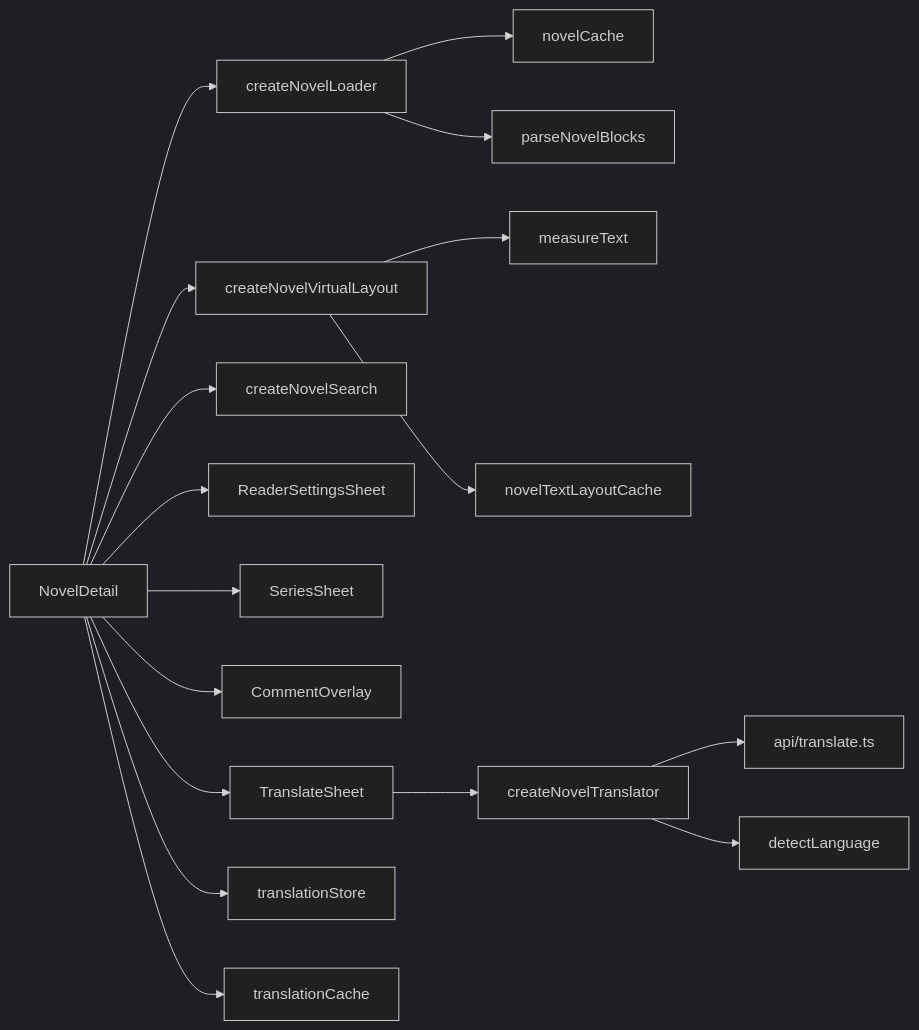
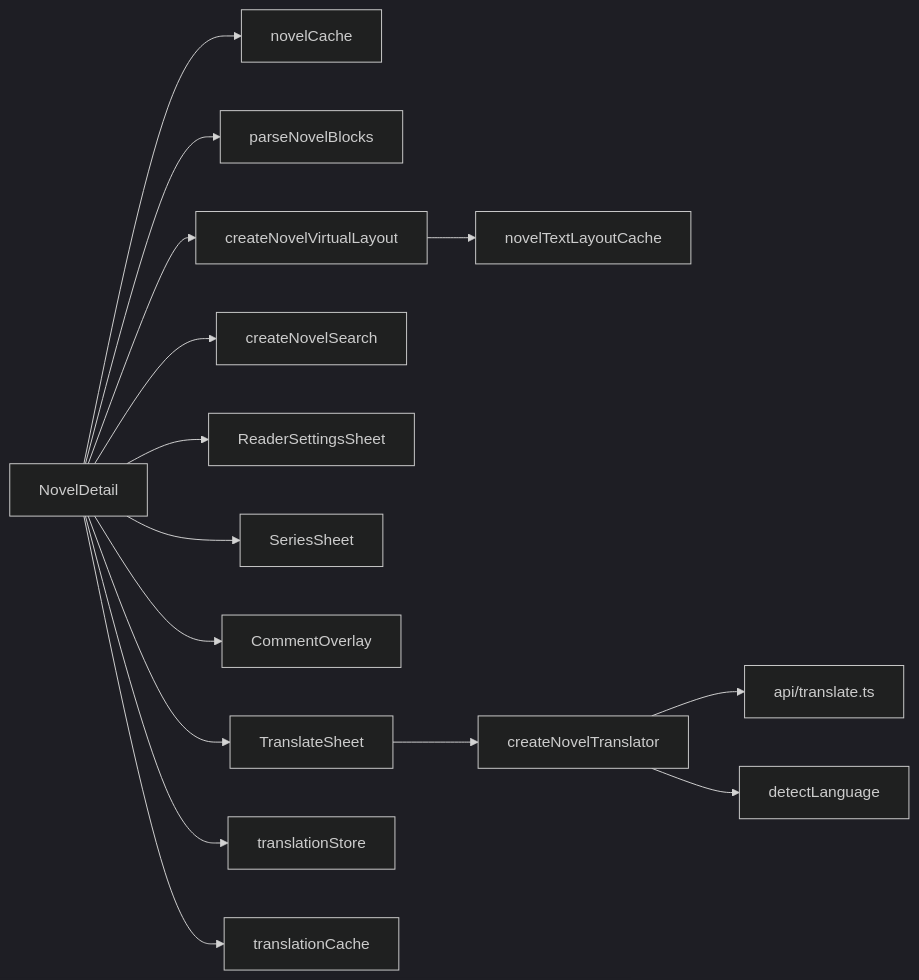
One commit to a1121611810/Pictelio changed the diagram in openwiki/domain/novel-reader.md. Above: the diagram before and after it, drawn with Mermaid (dark theme). The commit also changed other lines of this file and 83 other files, not shown here.

````diff
--- a/openwiki/domain/novel-reader.md
+++ b/openwiki/domain/novel-reader.md
@@ -31,19 +31,17 @@
 ```mermaid
 flowchart LR
-    ND[NovelDetail] --> NL[createNovelLoader]
-    NL --> NC[novelCache]
-    NL --> PN[parseNovelBlocks]
+    ND[NovelDetail] --> NC[novelCache]
+    ND --> PN[parseNovelBlocks]
     ND --> NV[createNovelVirtualLayout]
-    NV --> MT[measureText]
     NV --> NTC[novelTextLayoutCache]
     ND --> NS[createNovelSearch]
     ND --> RSS[ReaderSettingsSheet]
     ND --> SS[SeriesSheet]
     ND --> CO[CommentOverlay]
     ND --> TS[TranslateSheet]
     ND --> TST[translationStore]
     ND --> TC[translationCache]
     TS --> CT[createNovelTranslator]
     CT --> TX["api/translate.ts"]
     CT --> DL[detectLanguage]
 ```
````
